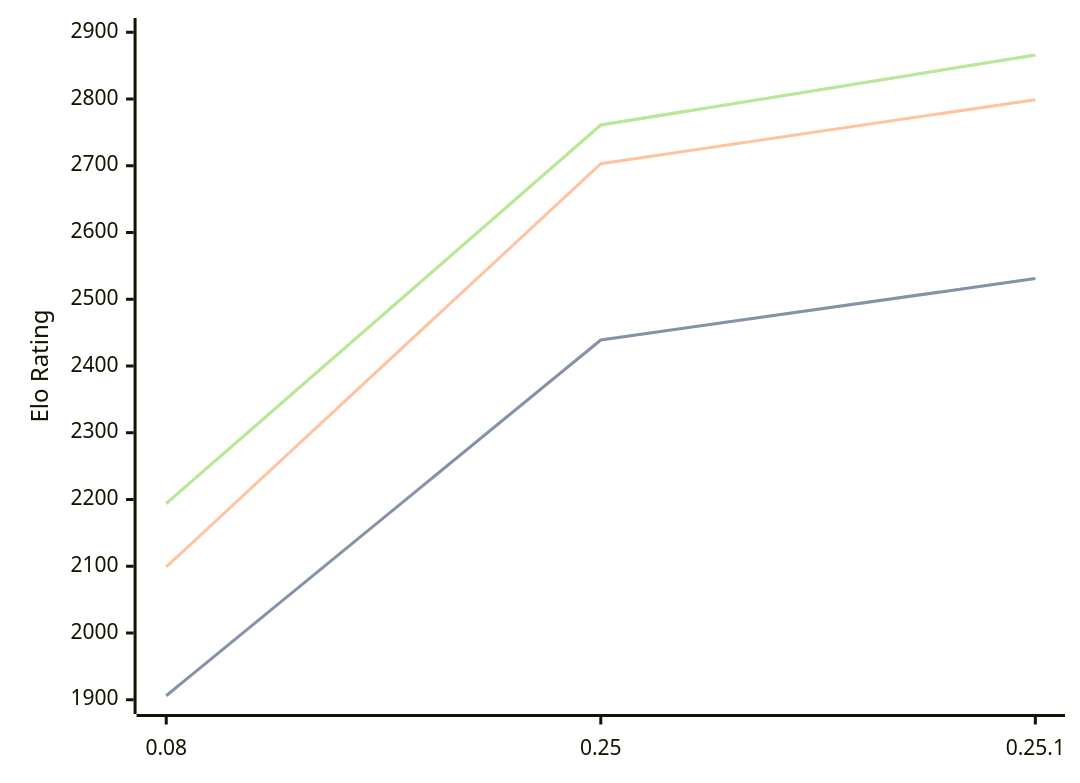
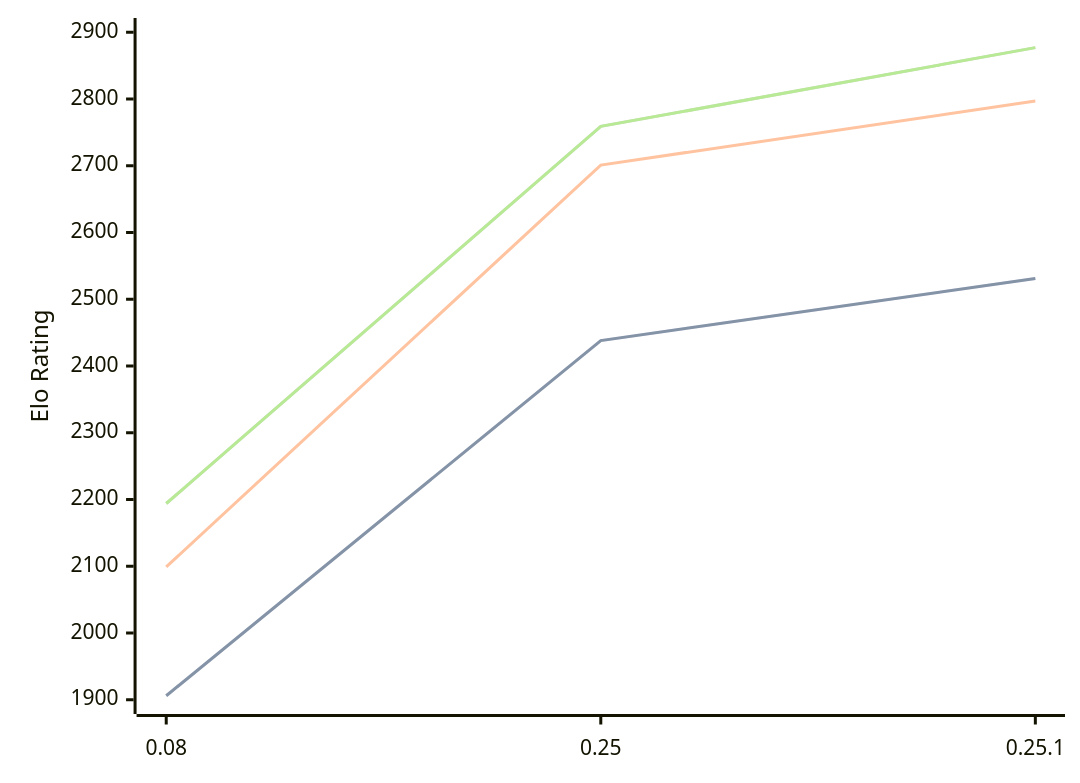
The diagram in engines/Gecko.md (computer-chess-index/cci), drawn with Mermaid before and after one commit. The commit also changed other lines of this file, not shown here.

Commit message:
Update CCI Ratings (ELO VLTC) - 2026-04-21

````diff
--- a/engines/Gecko.md
+++ b/engines/Gecko.md
@@ -33,11 +33,11 @@
 ```mermaid
 %%{init: {"theme":"base","themeVariables":{"seriesColors:['#a3a3a3','#222221','#faa371']}}}%%
 xychart-beta
   x-axis ["0.08", "0.25", "0.25.1"]
   y-axis "Elo Rating" 1900 --> 2900
-  line "STC (8.0+0.08s)" [1906, 2439, 2531]
-  line "STC (8.0+0.08s)" [1906, 2439, 2531]
-  line "LTC (60.0+0.60s)" [2099, 2703, 2799]
-  line "VLTC (2m24s+1.12s)" [2194, 2761, 2866]
-  line "VLTC (2m24s+1.12s)" [2194, 2761, 2866]
+  line "STC (8.0+0.08s)" [1906, 2438, 2531]
+  line "STC (8.0+0.08s)" [1906, 2438, 2531]
+  line "LTC (60.0+0.60s)" [2099, 2701, 2797]
+  line "VLTC (2m24s+1.12s)" [2194, 2759, 2877]
+  line "VLTC (2m24s+1.12s)" [2194, 2759, 2877]
 ```
````
